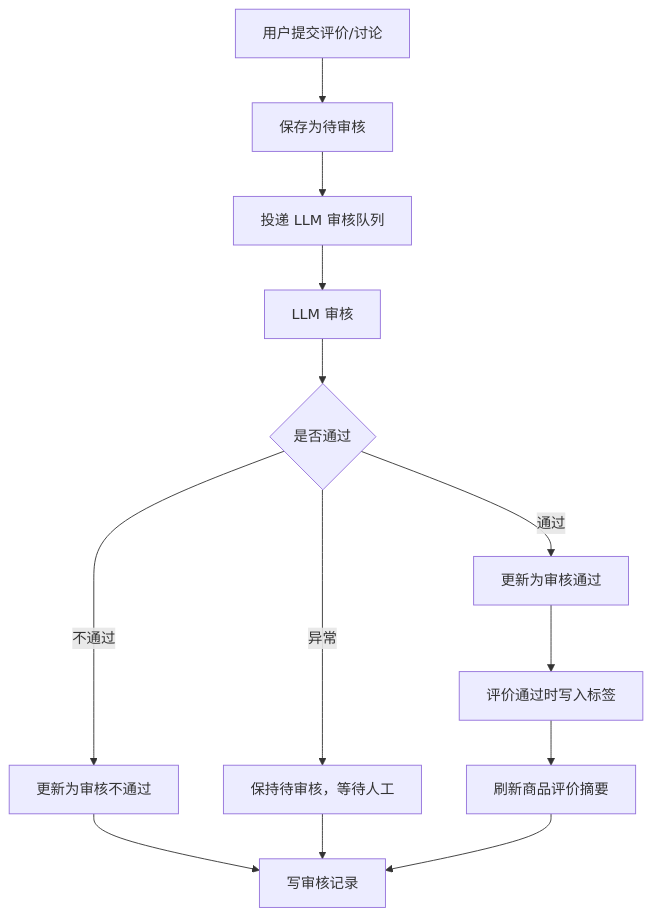
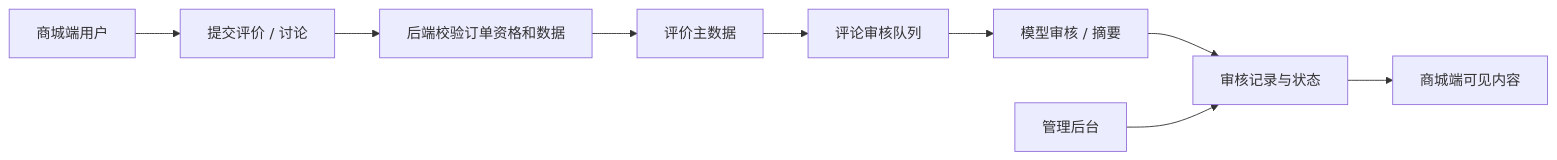
Before and after one commit to liujitcn/shop: the diagram in docs/评价与审核数据流转设计.md, drawn with Mermaid. The commit also changed other lines of this file and 1765 other files, not shown here.

````diff
--- a/docs/评价与审核数据流转设计.md
+++ b/docs/评价与审核数据流转设计.md
@@ -48,15 +20,11 @@
 ```mermaid
-flowchart TD
-  User["用户提交评价/讨论"] --> Save["保存为待审核"]
-  Save --> Queue["投递 LLM 审核队列"]
-  Queue --> LLM["LLM 审核"]
-  LLM --> Pass{"是否通过"}
-  Pass -->|通过| Approve["更新为审核通过"]
-  Pass -->|不通过| Reject["更新为审核不通过"]
-  Pass -->|异常| Pending["保持待审核，等待人工"]
-  Approve --> Tags["评价通过时写入标签"]
-  Tags --> Summary["刷新商品评价摘要"]
-  Reject --> ReviewLog["写审核记录"]
-  Pending --> ReviewLog
-  Summary --> ReviewLog
+flowchart LR
+  User["商城端用户"] --> Comment["提交评价 / 讨论"]
+  Comment --> Validate["后端校验订单资格和数据"]
+  Validate --> DB["评价主数据"]
+  DB --> Queue["评论审核队列"]
+  Queue --> AI["模型审核 / 摘要"]
+  AI --> Review["审核记录与状态"]
+  Review --> Display["商城端可见内容"]
+  Admin["管理后台"] --> Review
 ```
````
